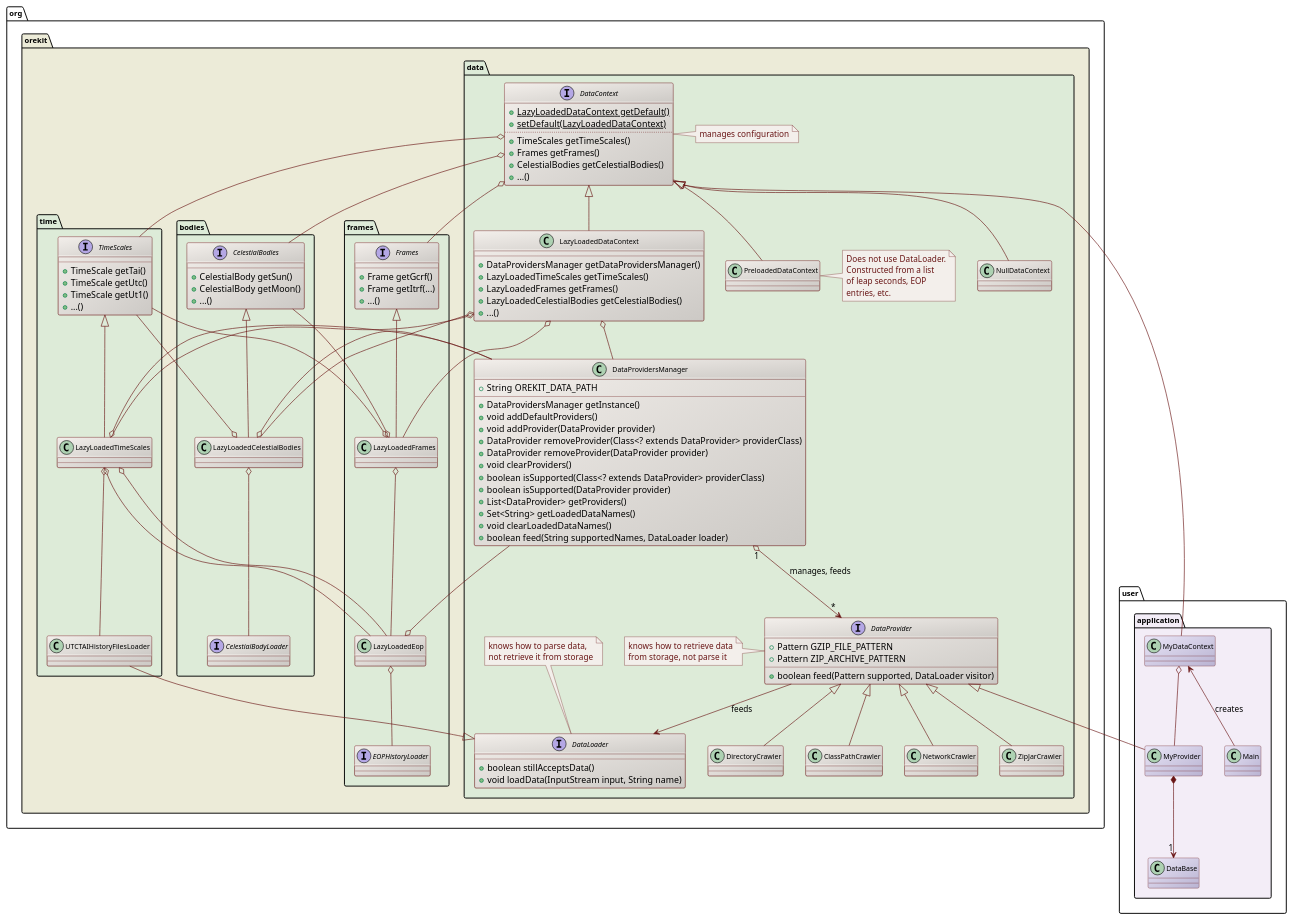
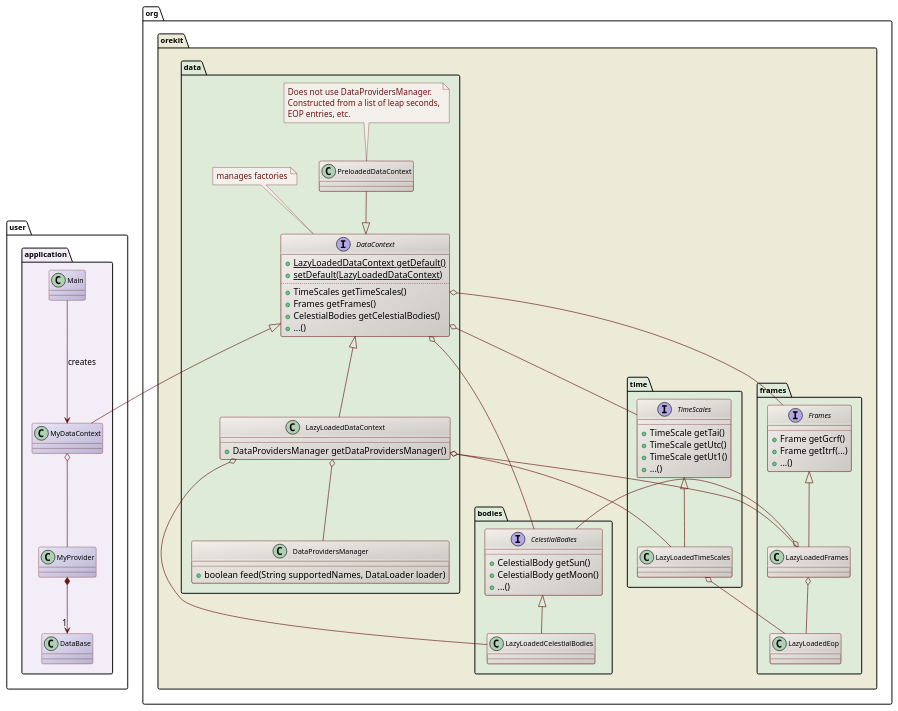
Before and after one commit to CS-SI/Orekit: the diagram in src/design/data-context-class-diagram.puml, drawn with PlantUML. The commit also changed 6 other files, not shown here.

Commit message:
Added architecture documentation for data contexts.

```diff
--- a/src/design/data-context-class-diagram.puml
+++ b/src/design/data-context-class-diagram.puml
@@ -17,195 +17,117 @@
 @startuml
 
   skinparam svek                  true
   skinparam ClassBackgroundColor  #F3EFEB/CCC9C5
   skinparam ClassArrowColor       #691616
   skinparam ClassBorderColor      #691616
   skinparam NoteBackgroundColor   #F3EFEB
   skinparam NoteBorderColor       #691616
   skinparam NoteFontColor         #691616
   skinparam ClassFontSize         11
   skinparam PackageFontSize       12
 
   package org.orekit #ECEBD8 {
 
     package data #DDEBD8 {
 
+      class PreloadedDataContext
+      note top
+        Does not use DataProvidersManager.
+        Constructed from a list of leap seconds,
+        EOP entries, etc.
+      end note
+
       interface DataContext {
         + {static} LazyLoadedDataContext getDefault()
         + {static} setDefault(LazyLoadedDataContext)
         ..
         +TimeScales getTimeScales()
         +Frames getFrames()
         +CelestialBodies getCelestialBodies()
         +...()
       }
-      note right
-        manages configuration
+      note top
+        manages factories
       end note
-
-      interface DataProvider {
-        +Pattern GZIP_FILE_PATTERN
-        +Pattern ZIP_ARCHIVE_PATTERN
-        +boolean feed(Pattern supported, DataLoader visitor)
-      }
-      note left
-        knows how to retrieve data
-        from storage, not parse it
-      end note
-
-      interface DataLoader {
-        +boolean stillAcceptsData()
-        +void loadData(InputStream input, String name)
-      }
-      note top
-        knows how to parse data,
-        not retrieve it from storage
-      end note
-
-      class NullDataContext {
-      }
-
-      DataContext <|-- NullDataContext
 
       class LazyLoadedDataContext {
         +DataProvidersManager getDataProvidersManager()
-        +LazyLoadedTimeScales getTimeScales()
-        +LazyLoadedFrames getFrames()
-        +LazyLoadedCelestialBodies getCelestialBodies()
-        +...()
       }
 
-      DataContext <|-- LazyLoadedDataContext
-      LazyLoadedDataContext o-- DataProvidersManager
-
-      class PreloadedDataContext {
-      }
-      note right
-        Does not use DataLoader.
-        Constructed from a list
-        of leap seconds, EOP
-        entries, etc.
-      end note
-
-      DataContext <|-- PreloadedDataContext
-
       class DataProvidersManager {
-        +String OREKIT_DATA_PATH
-        +DataProvidersManager getInstance()
-        +void addDefaultProviders()
-        +void addProvider(DataProvider provider)
-        +DataProvider removeProvider(Class<? extends DataProvider> providerClass)
-        +DataProvider removeProvider(DataProvider provider)
-        +void clearProviders()
-        +boolean isSupported(Class<? extends DataProvider> providerClass)
-        +boolean isSupported(DataProvider provider)
-        +List<DataProvider> getProviders()
-        +Set<String> getLoadedDataNames()
-        +void clearLoadedDataNames()
         +boolean feed(String supportedNames, DataLoader loader)
       }
 
-      DataProvidersManager "1" o--> "*" DataProvider : manages, feeds
-      DataProvider <|-- DirectoryCrawler
-      DataProvider <|-- ClassPathCrawler
-      DataProvider <|-- NetworkCrawler
-      DataProvider <|-- ZipJarCrawler
-      DataProvider --> DataLoader : feeds
+      LazyLoadedDataContext o--  DataProvidersManager
+      PreloadedDataContext  --|> DataContext
+      DataContext           <|-- LazyLoadedDataContext
 
     }
 
-    package frames #DDEBD8 {
-      class LazyLoadedEop
-    }
-
     package time #DDEBD8 {
-
       interface TimeScales {
         +TimeScale getTai()
         +TimeScale getUtc()
         +TimeScale getUt1()
         +...()
       }
 
       DataContext o-- TimeScales
 
-      class LazyLoadedTimeScales {
-      }
+      class LazyLoadedTimeScales
 
-      TimeScales <|-- LazyLoadedTimeScales
-      LazyLoadedTimeScales o-- DataProvidersManager
-      LazyLoadedDataContext o-- LazyLoadedTimeScales
-      LazyLoadedTimeScales o-- LazyLoadedEop
-      LazyLoadedTimeScales o-- UTCTAIHistoryFilesLoader
+      TimeScales            <|-- LazyLoadedTimeScales
+      LazyLoadedDataContext o--  LazyLoadedTimeScales
 
-      DataLoader <|-- UTCTAIHistoryFilesLoader
     }
 
     package bodies #DDEBD8 {
       interface CelestialBodies{
         +CelestialBody getSun()
         +CelestialBody getMoon()
         +...()
       }
 
-      DataContext o-- CelestialBodies
+      class LazyLoadedCelestialBodies
 
-      class LazyLoadedCelestialBodies {
-      }
-
-      interface CelestialBodyLoader {
-      }
-
-      CelestialBodies <|-- LazyLoadedCelestialBodies
-      LazyLoadedCelestialBodies o-- DataProvidersManager
-      LazyLoadedCelestialBodies o-- CelestialBodyLoader
-      LazyLoadedCelestialBodies o-- TimeScales
-      LazyLoadedDataContext o-- LazyLoadedCelestialBodies
+      DataContext           o--  CelestialBodies
+      CelestialBodies       <|-- LazyLoadedCelestialBodies
+      LazyLoadedDataContext o--  LazyLoadedCelestialBodies
 
     }
 
     package frames #DDEBD8 {
 
       interface Frames {
         +Frame getGcrf()
         +Frame getItrf(...)
         +...()
       }
 
-      DataContext o-- Frames
+      class LazyLoadedFrames
 
-      class LazyLoadedFrames {
-      }
-
-      Frames <|-- LazyLoadedFrames
-      LazyLoadedFrames o-- LazyLoadedEop
-      LazyLoadedFrames o-- TimeScales
-      LazyLoadedFrames o-- CelestialBodies
-      LazyLoadedDataContext o-- LazyLoadedFrames
-
-      class LazyLoadedEop {
-      }
-
-      interface EOPHistoryLoader
-
-      LazyLoadedTimeScales o-- LazyLoadedEop
-      LazyLoadedEop o-- EOPHistoryLoader
-      LazyLoadedEop o-- DataProvidersManager
+      class LazyLoadedEop
+ 
+      DataContext           o--      Frames
+      Frames                <|--     LazyLoadedFrames
+      LazyLoadedTimeScales  o--      LazyLoadedEop
+      LazyLoadedFrames      o--      LazyLoadedEop
+      LazyLoadedFrames      o-right- CelestialBodies
+      LazyLoadedDataContext o--      LazyLoadedFrames 
 
     }
 
   }
 
   package user.application #F3EDF7 {
     class MyDataContext #EAE6F7/B9B3D2
-    class MyProvider #EAE6F7/B9B3D2
-    class DataBase   #EAE6F7/B9B3D2
-    class Main       #EAE6F7/B9B3D2
-    DataContext <|-- MyDataContext
-    DataProvider <|-- MyProvider
-    MyDataContext o-- MyProvider
-    MyDataContext <-- Main : creates
-    MyProvider *--> "1" DataBase
+    class MyProvider    #EAE6F7/B9B3D2
+    class DataBase      #EAE6F7/B9B3D2
+    class Main          #EAE6F7/B9B3D2
+    DataContext   <|--     MyDataContext
+    MyDataContext o--      MyProvider
+    Main          -->      MyDataContext : creates
+    MyProvider    *--> "1" DataBase
   }
 
 @enduml
```
